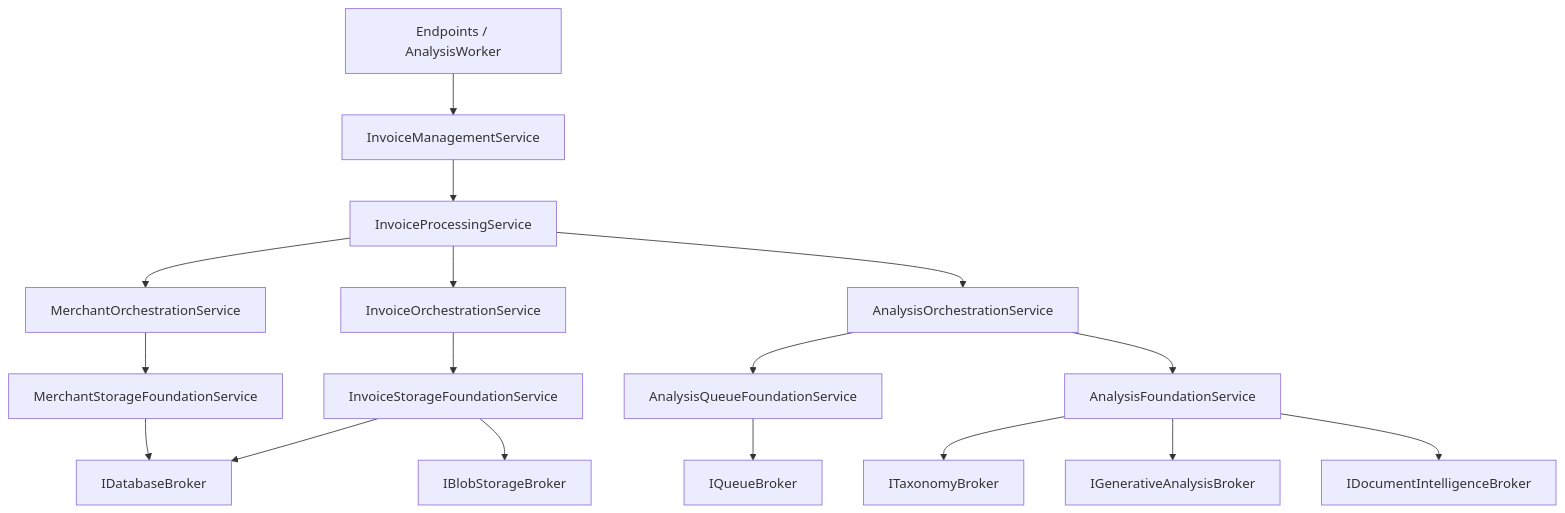
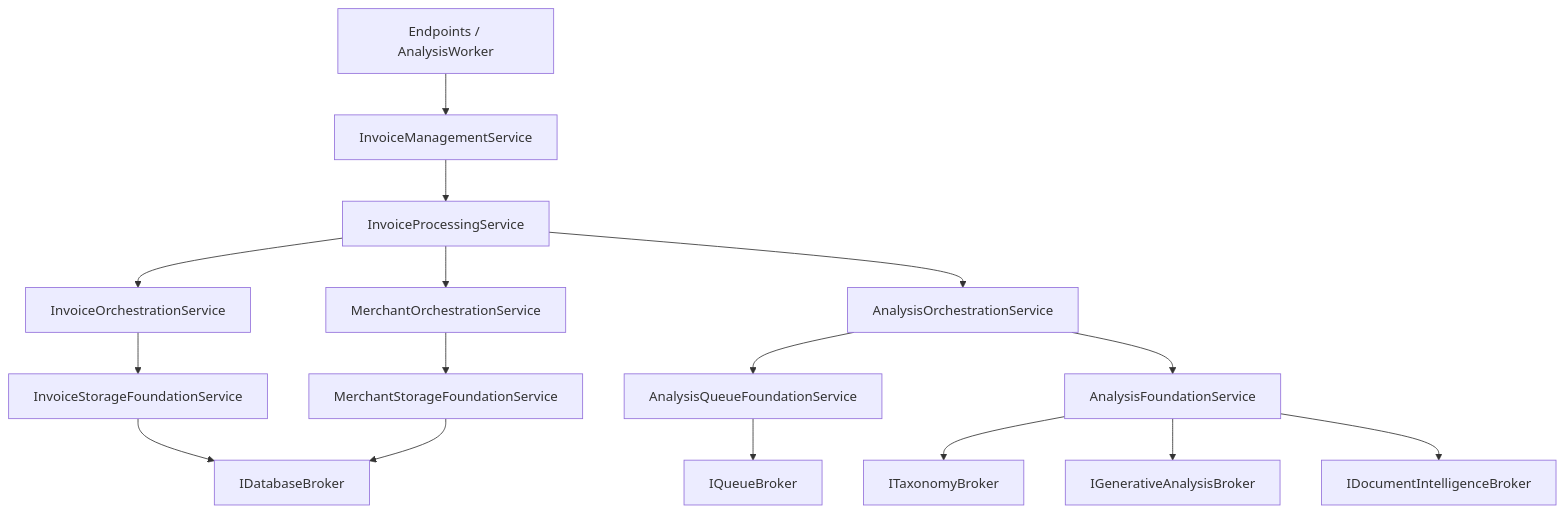
One commit to arolariu/arolariu.ro changed the diagram in docs/rfc/2003-the-standard-implementation.md. Above: the diagram before and after it, drawn with Mermaid. The commit also changed other lines of this file and 45 other files, not shown here.

````diff
--- a/docs/rfc/2003-the-standard-implementation.md
+++ b/docs/rfc/2003-the-standard-implementation.md
@@ -69,36 +69,34 @@
 ```mermaid
 flowchart TB
   Adapters[Endpoints / AnalysisWorker]
   Management[InvoiceManagementService]
   Processing[InvoiceProcessingService]
   InvoiceOrch[InvoiceOrchestrationService]
   MerchantOrch[MerchantOrchestrationService]
   AnalysisOrch[AnalysisOrchestrationService]
   InvoiceFoundation[InvoiceStorageFoundationService]
   MerchantFoundation[MerchantStorageFoundationService]
   AnalysisFoundation[AnalysisFoundationService]
   QueueFoundation[AnalysisQueueFoundationService]
   DatabaseBroker[IDatabaseBroker]
-  BlobBroker[IBlobStorageBroker]
   TaxonomyBroker[ITaxonomyBroker]
   GenerativeBroker[IGenerativeAnalysisBroker]
   DocumentBroker[IDocumentIntelligenceBroker]
   QueueBroker[IQueueBroker]
 
   Adapters --> Management
   Management --> Processing
   Processing --> InvoiceOrch
   Processing --> MerchantOrch
   Processing --> AnalysisOrch
   InvoiceOrch --> InvoiceFoundation
   MerchantOrch --> MerchantFoundation
   AnalysisOrch --> QueueFoundation
   AnalysisOrch --> AnalysisFoundation
   InvoiceFoundation --> DatabaseBroker
-  InvoiceFoundation --> BlobBroker
   MerchantFoundation --> DatabaseBroker
   AnalysisFoundation --> TaxonomyBroker
   AnalysisFoundation --> GenerativeBroker
   AnalysisFoundation --> DocumentBroker
   QueueFoundation --> QueueBroker
 ```
````
